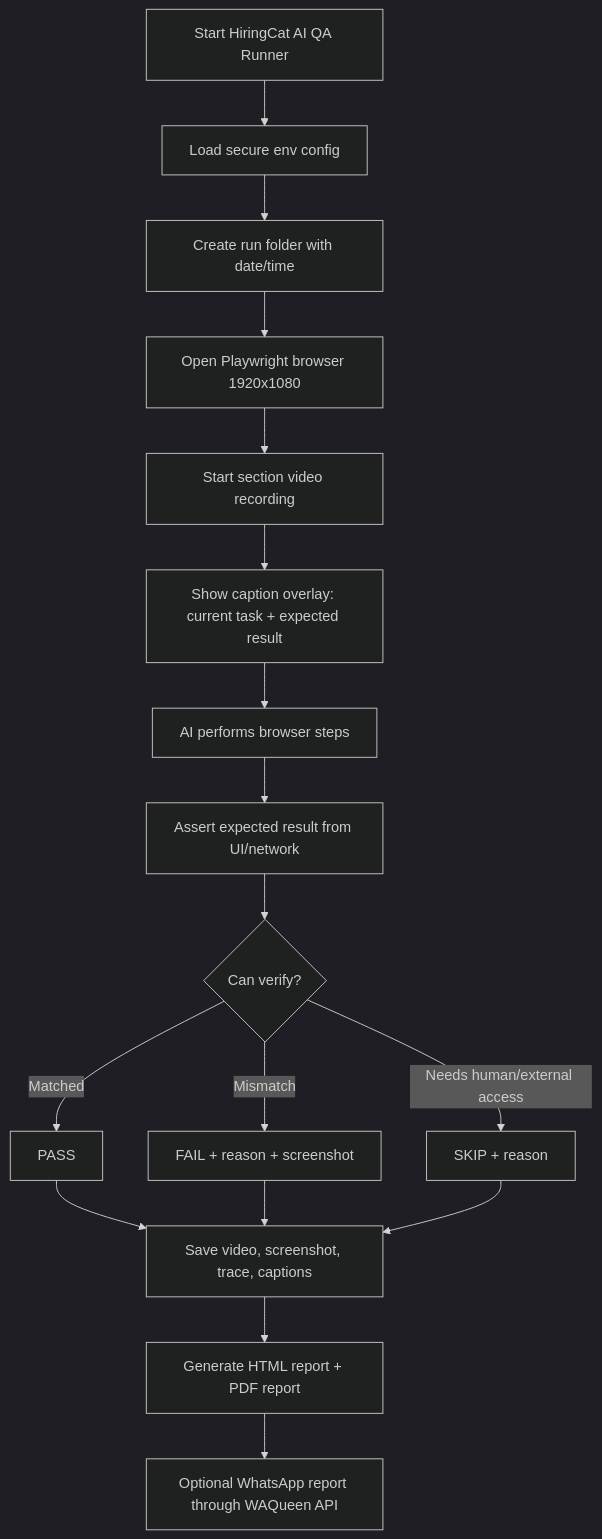
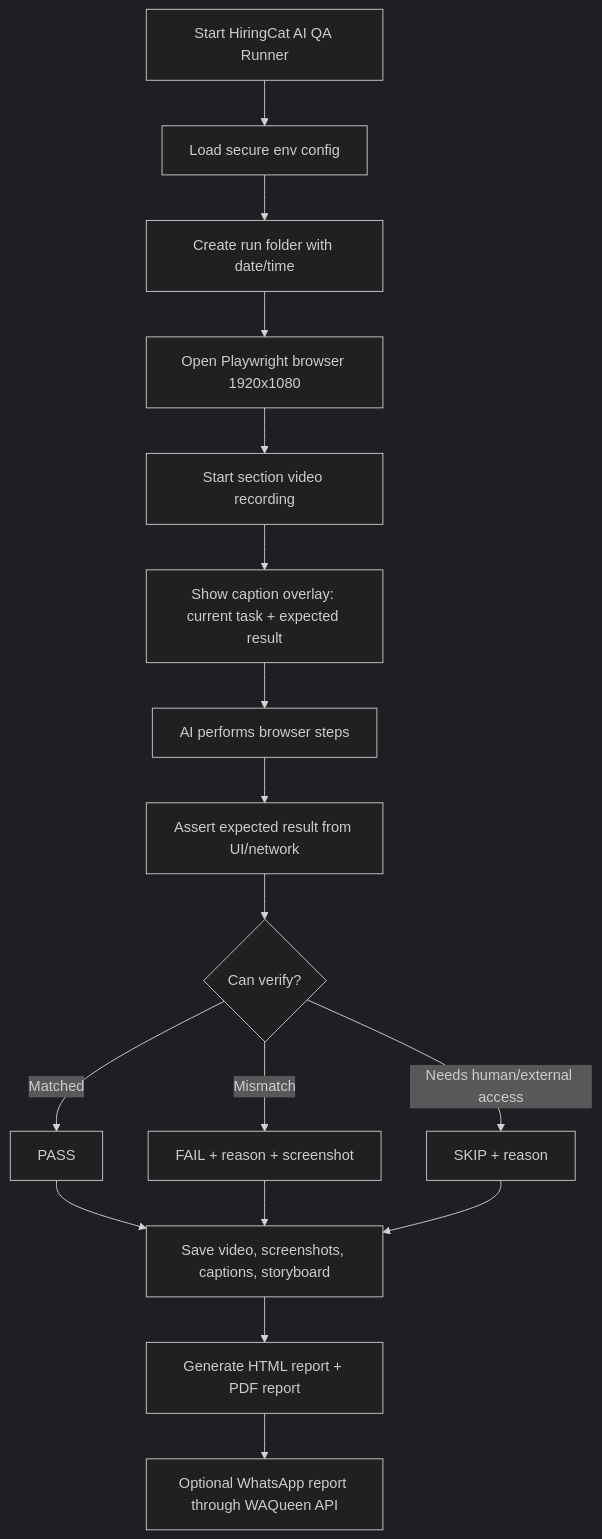
Before and after one commit to aamirmursleen/hiringcat-qa: the diagram in README.md, drawn with Mermaid (dark theme). The commit also changed other lines of this file and 319 other files, not shown here.

````diff
--- a/README.md
+++ b/README.md
@@ -13,19 +13,19 @@
 ```mermaid
 flowchart TD
   A[Start HiringCat AI QA Runner] --> B[Load secure env config]
   B --> C[Create run folder with date/time]
   C --> D[Open Playwright browser 1920x1080]
   D --> E[Start section video recording]
   E --> F[Show caption overlay: current task + expected result]
   F --> G[AI performs browser steps]
   G --> H[Assert expected result from UI/network]
   H --> I{Can verify?}
   I -->|Matched| J[PASS]
   I -->|Mismatch| K[FAIL + reason + screenshot]
   I -->|Needs human/external access| L[SKIP + reason]
-  J --> M[Save video, screenshot, trace, captions]
+  J --> M[Save video, screenshots, captions, storyboard]
   K --> M
   L --> M
   M --> N[Generate HTML report + PDF report]
   N --> O[Optional WhatsApp report through WAQueen API]
 ```
````
